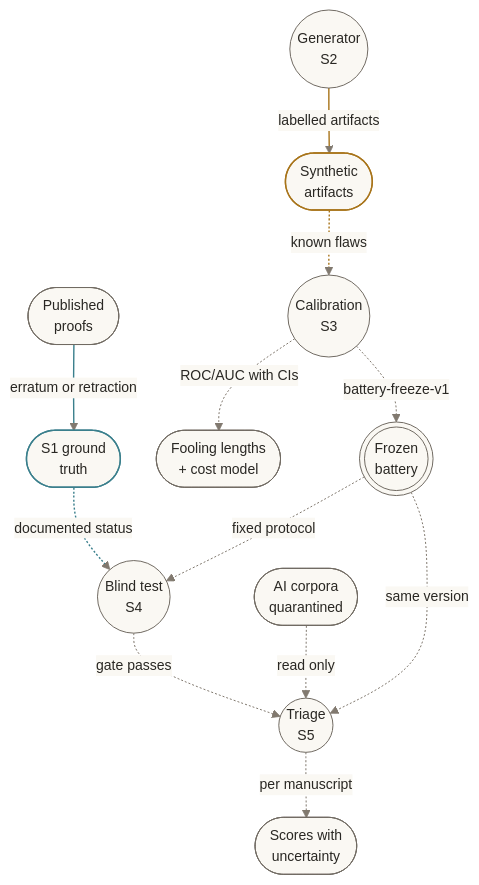
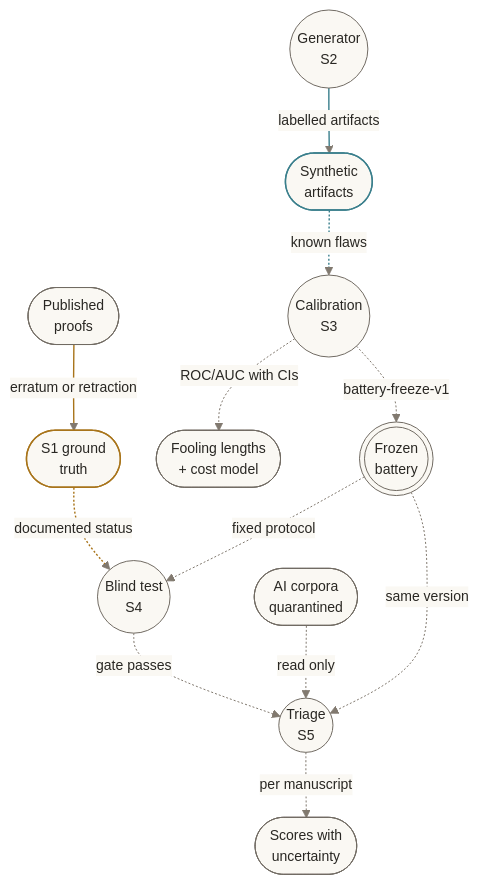
Before and after one commit to Quigles1337/Syndeom: the first of 5 diagrams in README.md, drawn with Mermaid. The commit also changed other lines of this file, not shown here.

First line of the commit message:
[S2][INFRA] README: gate after record in the governance loop; teal for artifacts, ochre for truth

````diff
--- a/README.md
+++ b/README.md
@@ -104,22 +104,22 @@
 ```mermaid
 %%{init: {"theme":"base","themeVariables":{"fontFamily":"Georgia, serif","fontSize":"14px","primaryColor":"#faf8f3","primaryTextColor":"#292723","primaryBorderColor":"#716b63","lineColor":"#81796f","edgeLabelBackground":"#faf8f3"},"flowchart":{"curve":"basis","nodeSpacing":36,"rankSpacing":44,"htmlLabels":true}}}%%
 flowchart TB
     accTitle: The program's arc, from ground truth to the contact boundary
     accDescr: Published proofs with documented errata become the S1 ground-truth archive, and the S2 generator emits synthetic artifacts with known flaws. In S3 those artifacts calibrate a detector battery, yielding fooling lengths and a cost model, and the battery is frozen. S4 tests the frozen battery blind on the S1 archive; only after that gate does the same version score quarantined AI-generated corpora in S5, producing triage scores with uncertainty. S1 and S2 are built; S3 to S5 are planned.
-    classDef artifact fill:#faf8f3,stroke:#a8741a,color:#292723,stroke-width:1.4px;
-    classDef truth fill:#faf8f3,stroke:#3a7f8c,color:#292723,stroke-width:1.4px;
+    classDef artifact fill:#faf8f3,stroke:#3a7f8c,color:#292723,stroke-width:1.4px;
+    classDef truth fill:#faf8f3,stroke:#a8741a,color:#292723,stroke-width:1.4px;
     P(["Published<br/>proofs"]) -->|"erratum or retraction"| GT(["S1 ground<br/>truth"]):::truth
     G(("Generator<br/>S2")) -->|"labelled artifacts"| SY(["Synthetic<br/>artifacts"]):::artifact
     SY -.->|"known flaws"| C(("Calibration<br/>S3"))
     C -.->|"ROC/AUC with CIs"| D(["Fooling lengths<br/>+ cost model"])
     C -.->|"battery-freeze-v1"| F((("Frozen<br/>battery")))
     F -.->|"fixed protocol"| V(("Blind test<br/>S4"))
     GT -.->|"documented status"| V
     V -.->|"gate passes"| T(("Triage<br/>S5"))
     Q(["AI corpora<br/>quarantined"]) -.->|"read only"| T
     F -.->|"same version"| T
     T -.->|"per manuscript"| S(["Scores with<br/>uncertainty"])
     linkStyle default stroke:#81796f,stroke-width:1px;
-    linkStyle 1,2 stroke:#a8741a,stroke-width:1.4px;
-    linkStyle 0,6 stroke:#3a7f8c,stroke-width:1.4px;
+    linkStyle 1,2 stroke:#3a7f8c,stroke-width:1.4px;
+    linkStyle 0,6 stroke:#a8741a,stroke-width:1.4px;
 ```
````
